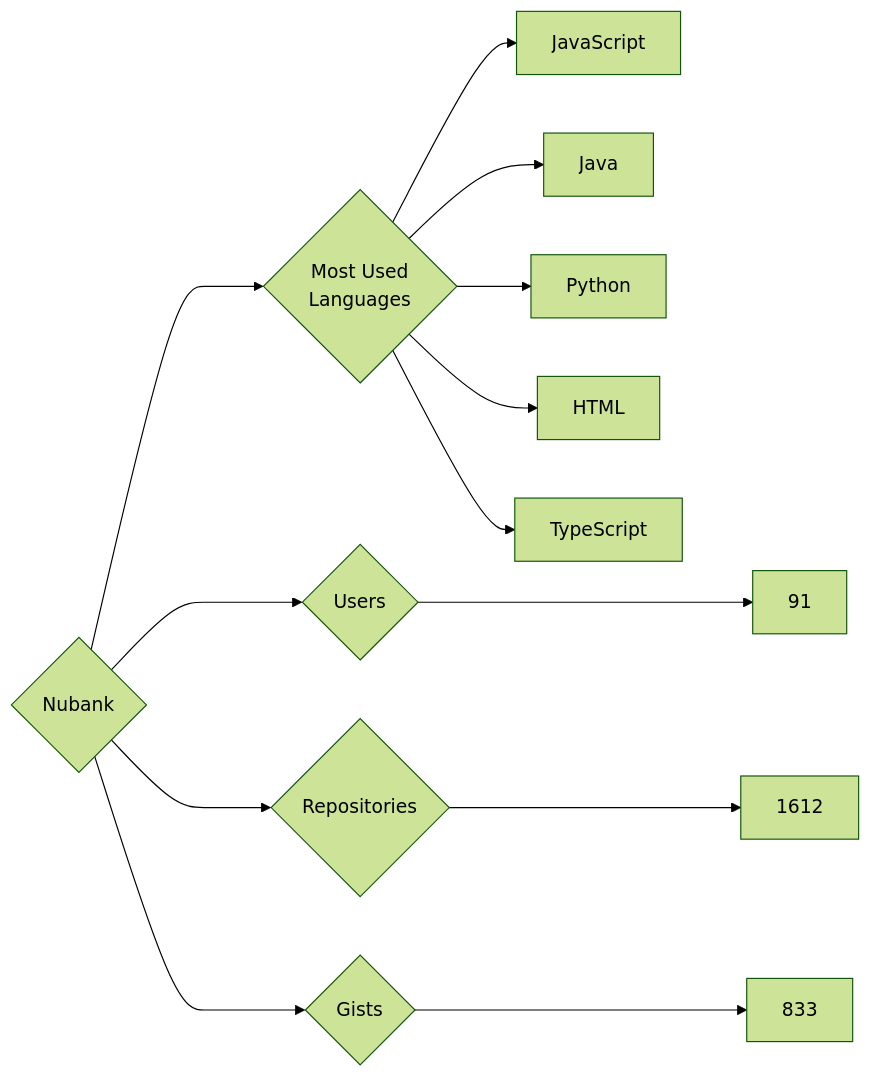
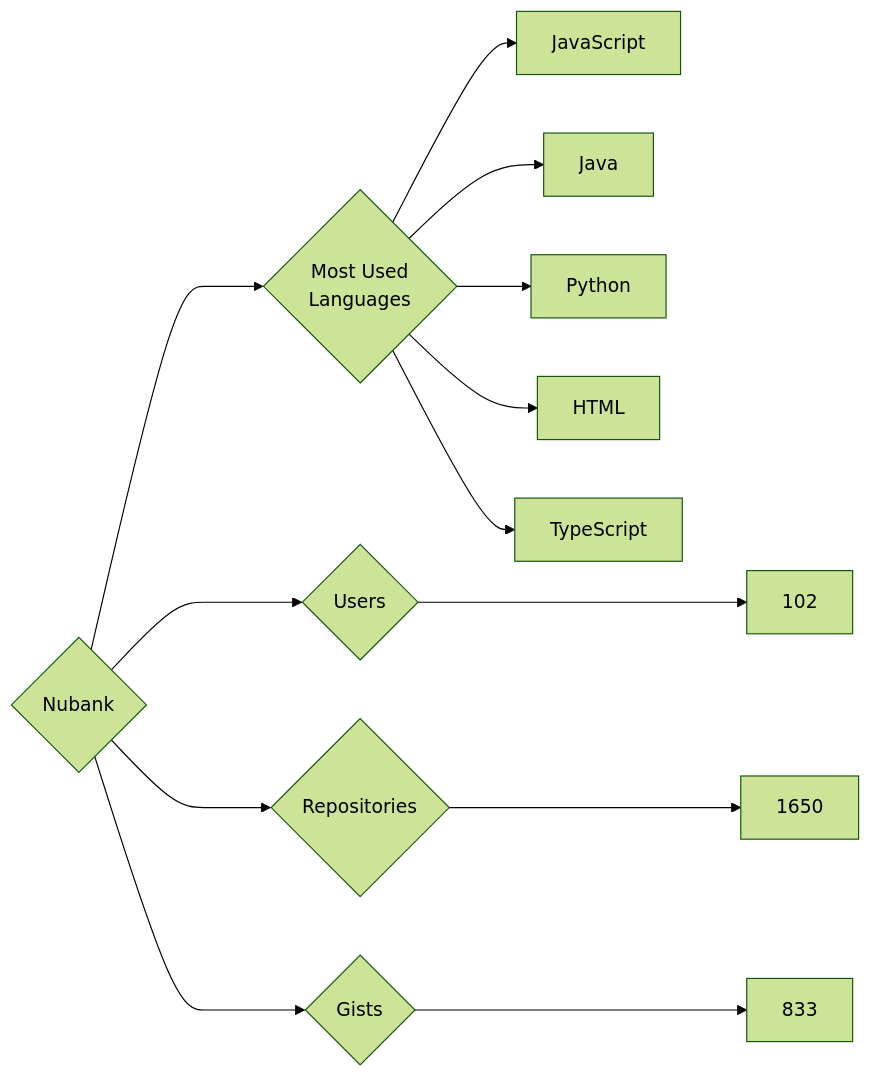
One commit to trickest/insiders changed the diagram in targets/Nubank/README.md. Above: the diagram before and after it, drawn with Mermaid (forest theme). The commit also changed 823 other files, not shown here.

````diff
--- a/targets/Nubank/README.md
+++ b/targets/Nubank/README.md
@@ -3,13 +3,13 @@
 ```mermaid
 graph LR
 COMPANY_NAME{Nubank}
-COMPANY_NAME ---> U{Users} ---> UN[91]
-COMPANY_NAME ---> R{Repositories} ---> RN[1612]
+COMPANY_NAME ---> U{Users} ---> UN[102]
+COMPANY_NAME ---> R{Repositories} ---> RN[1650]
 COMPANY_NAME ---> G{Gists} ---> GN[833]
 COMPANY_NAME ---> ML{Most Used<br>Languages}
 ML --> JavaScript[JavaScript]
 ML --> Java[Java]
 ML --> Python[Python]
 ML --> HTML[HTML]
 ML --> TypeScript[TypeScript]
 ```
````
